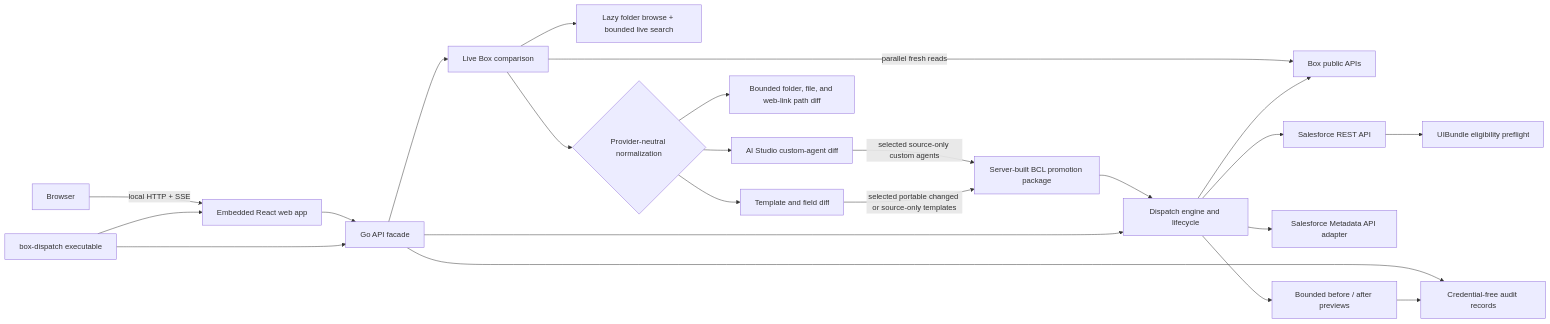
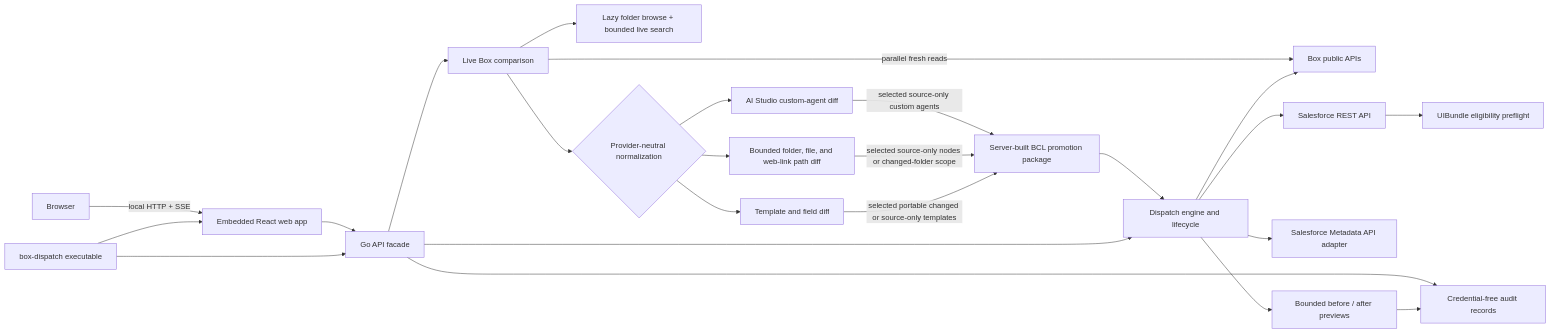
One commit to unofficialbox/box-dispatch changed the first of 2 diagrams in docs/WEB_APP_ARCHITECTURE.md. Above: the diagram before and after it, drawn with Mermaid. The commit also changed other lines of this file and 27 other files, not shown here.

Commit message:
Promote live folder comparison nodes (#81)

````diff
--- a/docs/WEB_APP_ARCHITECTURE.md
+++ b/docs/WEB_APP_ARCHITECTURE.md
@@ -10,25 +10,26 @@
 ```mermaid
 flowchart LR
     Executable["box-dispatch executable"] --> UI["Embedded React web app"]
     Executable --> API["Go API facade"]
     Browser["Browser"] -->|"local HTTP + SSE"| UI
     UI --> API
     API --> Engine["Dispatch engine and lifecycle"]
     API --> LiveCompare["Live Box comparison"]
     Engine --> Box["Box public APIs"]
     LiveCompare -->|"parallel fresh reads"| Box
     LiveCompare --> FolderBrowse["Lazy folder browse + bounded live search"]
     LiveCompare --> Normalize{"Provider-neutral normalization"}
     Normalize --> MetadataDiff["Template and field diff"]
     Normalize --> FolderDiff["Bounded folder, file, and web-link path diff"]
     Normalize --> AIAgentDiff["AI Studio custom-agent diff"]
     MetadataDiff -->|"selected portable changed or source-only templates"| Promotion["Server-built BCL promotion package"]
+    FolderDiff -->|"selected source-only nodes or changed-folder scope"| Promotion
     AIAgentDiff -->|"selected source-only custom agents"| Promotion
     Promotion --> Engine
     Engine --> SalesforceREST["Salesforce REST API"]
     SalesforceREST --> SalesforceEligibility["UIBundle eligibility preflight"]
     Engine --> SalesforceMetadata["Salesforce Metadata API adapter"]
     Engine --> ChangeSnapshot["Bounded before / after previews"]
     ChangeSnapshot --> Audit["Credential-free audit records"]
     API --> Audit
 ```
````
